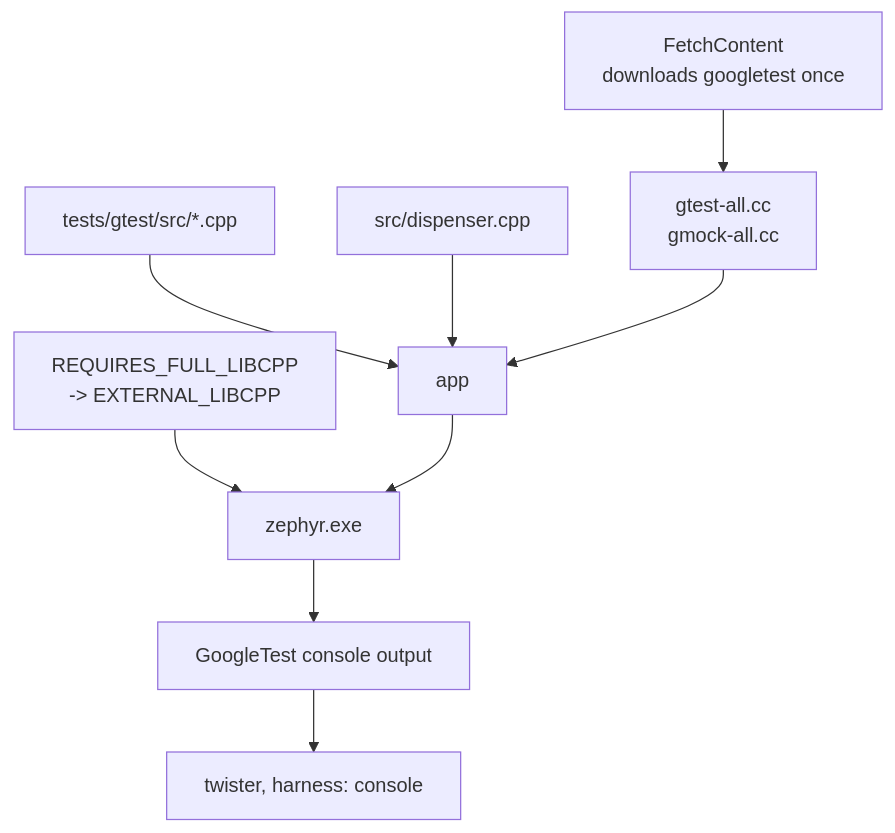
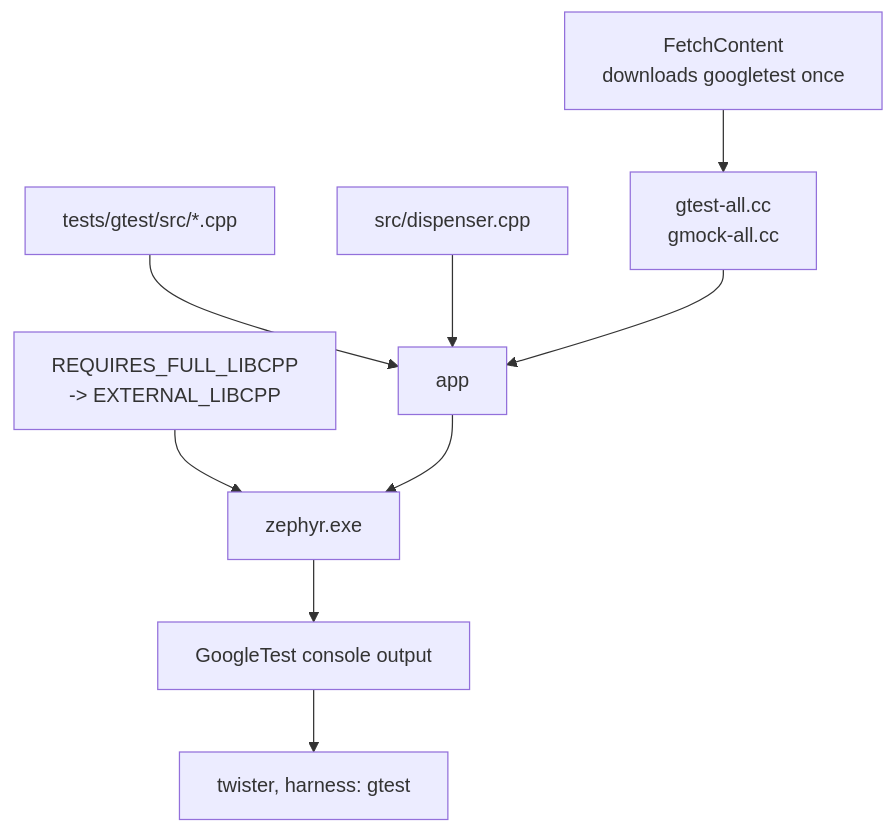
The diagram in apps/09-gtest-gmock/README.md (royyandzakiy/zephyr-testing-workshop), drawn with Mermaid before and after one commit. The commit also changed other lines of this file and 27 other files, not shown here.

````diff
--- a/apps/09-gtest-gmock/README.md
+++ b/apps/09-gtest-gmock/README.md
@@ -141,15 +139,15 @@
 ```mermaid
 flowchart TD
     fc["FetchContent<br/>downloads googletest once"]
     fc --> src["gtest-all.cc<br/>gmock-all.cc"]
 
     tests["tests/gtest/src/*.cpp"] --> app["app"]
     svc["src/dispenser.cpp"] --> app
     src --> app
 
     kcfg["REQUIRES_FULL_LIBCPP<br/>-> EXTERNAL_LIBCPP"] --> img["zephyr.exe"]
     app --> img
 
     img --> out["GoogleTest console output"]
-    out --> tw["twister, harness: console"]
+    out --> tw["twister, harness: gtest"]
 ```
````
